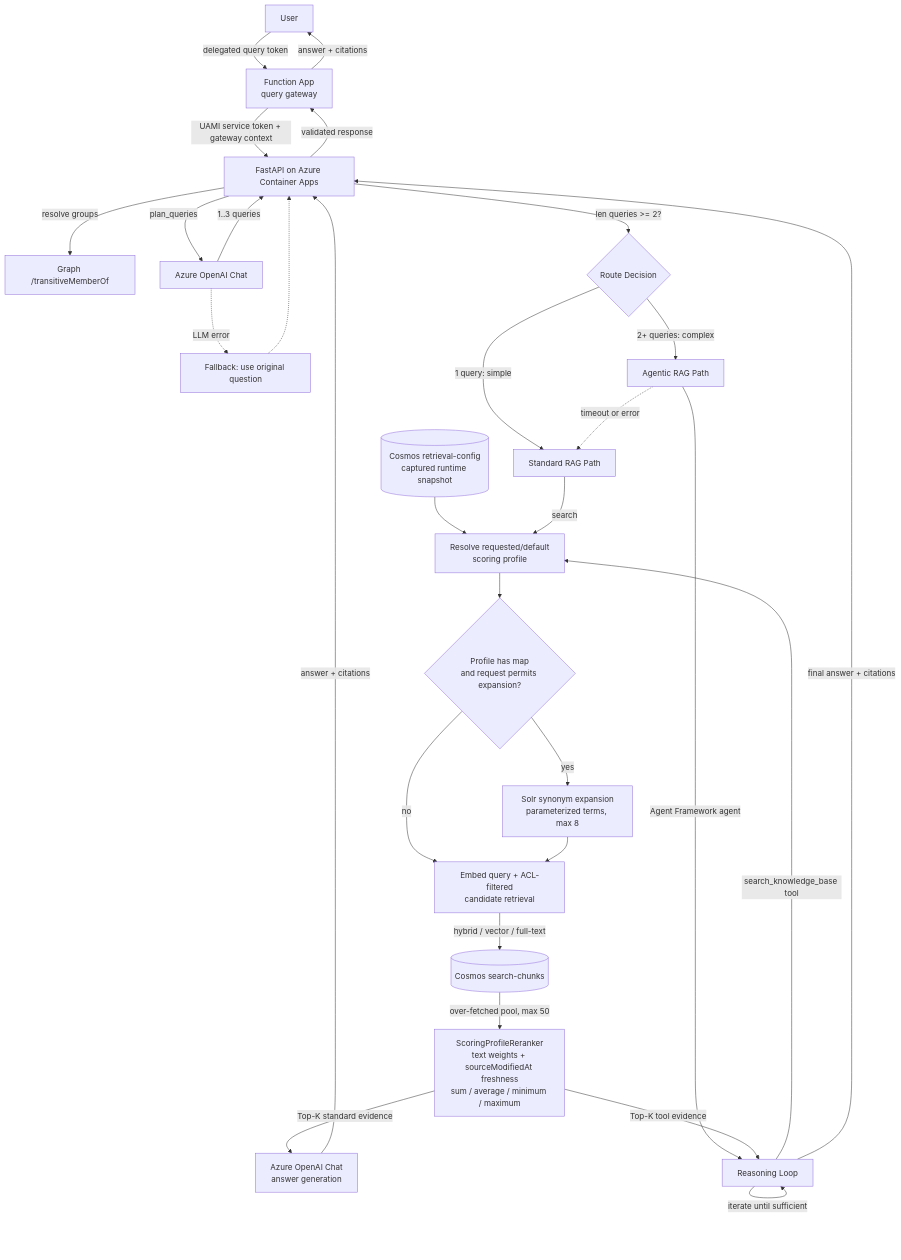
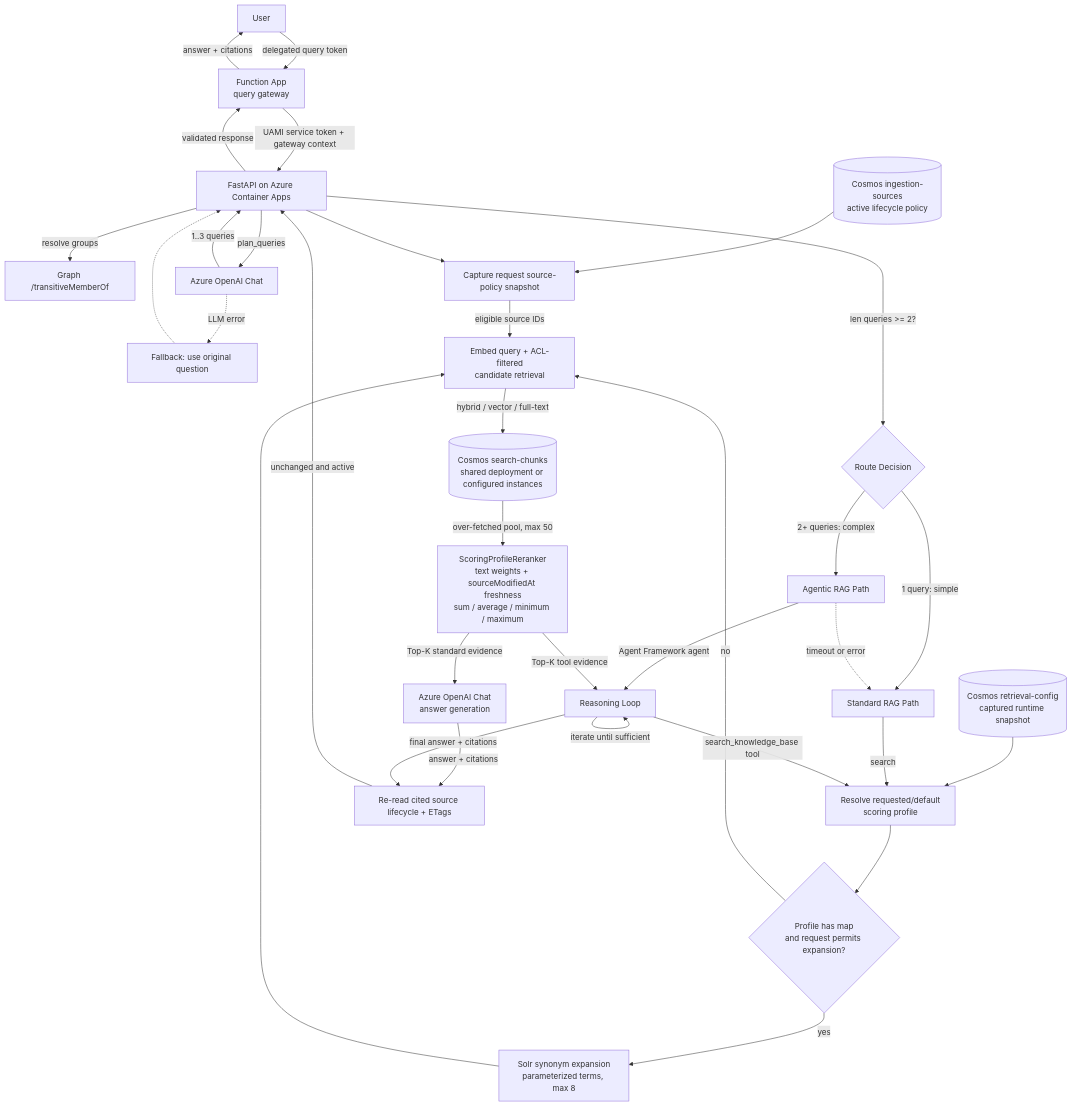
The tenth of 14 diagrams in docs/ARCHITECTURE.md (HariVamsiChittari1/enterprise-rag-pipeline), drawn with Mermaid before and after one commit. The commit also changed other lines of this file and 7 other files, not shown here.

````diff
--- a/docs/ARCHITECTURE.md
+++ b/docs/ARCHITECTURE.md
@@ -518,33 +634,37 @@
 ```mermaid
 flowchart TD
     User -->|delegated query token| FuncProxy[Function App<br/>query gateway]
     FuncProxy -->|UAMI service token + gateway context| RAG[FastAPI on Azure Container Apps]
     RAG -->|resolve groups| Graph[Graph /transitiveMemberOf]
+    Sources[(Cosmos ingestion-sources<br/>active lifecycle policy)] --> Policy[Capture request source-policy snapshot]
+    RAG --> Policy
     RAG -->|plan_queries| OpenAI1[Azure OpenAI Chat]
     OpenAI1 -->|1..3 queries| RAG
     OpenAI1 -.->|LLM error| Fallback[Fallback: use original question]
     Fallback -.-> RAG
     RAG -->|len queries >= 2?| Decision{Route Decision}
     Decision -->|1 query: simple| Standard[Standard RAG Path]
     Decision -->|2+ queries: complex| Agentic[Agentic RAG Path]
 
     Config[(Cosmos retrieval-config<br/>captured runtime snapshot)] --> Profile[Resolve requested/default<br/>scoring profile]
     Standard -->|search| Profile
     Profile --> SynonymGate{Profile has map<br/>and request permits expansion?}
     SynonymGate -->|yes| Synonyms[Solr synonym expansion<br/>parameterized terms, max 8]
     SynonymGate -->|no| Retrieve[Embed query + ACL-filtered<br/>candidate retrieval]
     Synonyms --> Retrieve
-    Retrieve -->|hybrid / vector / full-text| Cosmos[(Cosmos search-chunks)]
+    Policy -->|eligible source IDs| Retrieve
+    Retrieve -->|hybrid / vector / full-text| Cosmos[(Cosmos search-chunks<br/>shared deployment or configured instances)]
     Cosmos -->|over-fetched pool, max 50| Rerank[ScoringProfileReranker<br/>text weights + sourceModifiedAt freshness<br/>sum / average / minimum / maximum]
     Rerank -->|Top-K standard evidence| OpenAI2[Azure OpenAI Chat<br/>answer generation]
-    OpenAI2 -->|answer + citations| RAG
+    OpenAI2 -->|answer + citations| Revalidate[Re-read cited source lifecycle + ETags]
+    Revalidate -->|unchanged and active| RAG
 
     Agentic -->|Agent Framework agent| AgentLoop[Reasoning Loop]
     AgentLoop -->|search_knowledge_base tool| Profile
     Rerank -->|Top-K tool evidence| AgentLoop
     AgentLoop -->|iterate until sufficient| AgentLoop
-    AgentLoop -->|final answer + citations| RAG
+    AgentLoop -->|final answer + citations| Revalidate
     RAG -->|validated response| FuncProxy
     FuncProxy -->|answer + citations| User
     Agentic -.->|timeout or error| Standard
 ```
````
